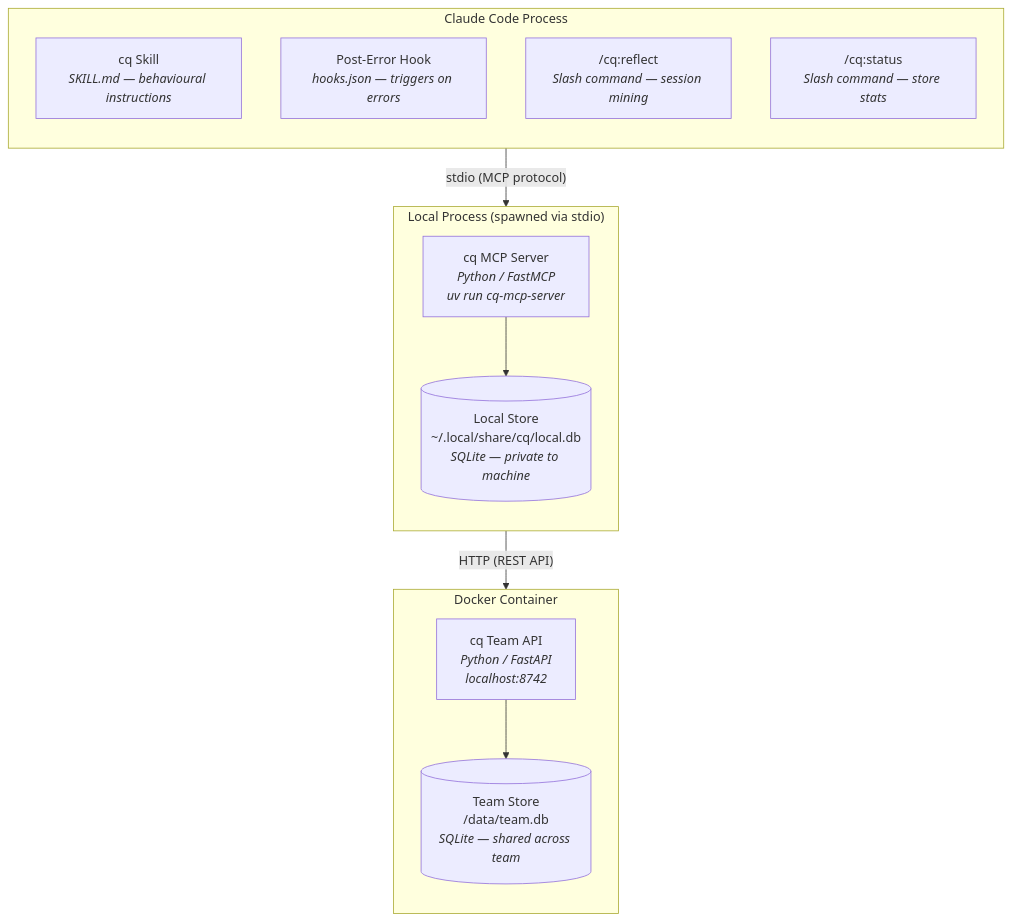
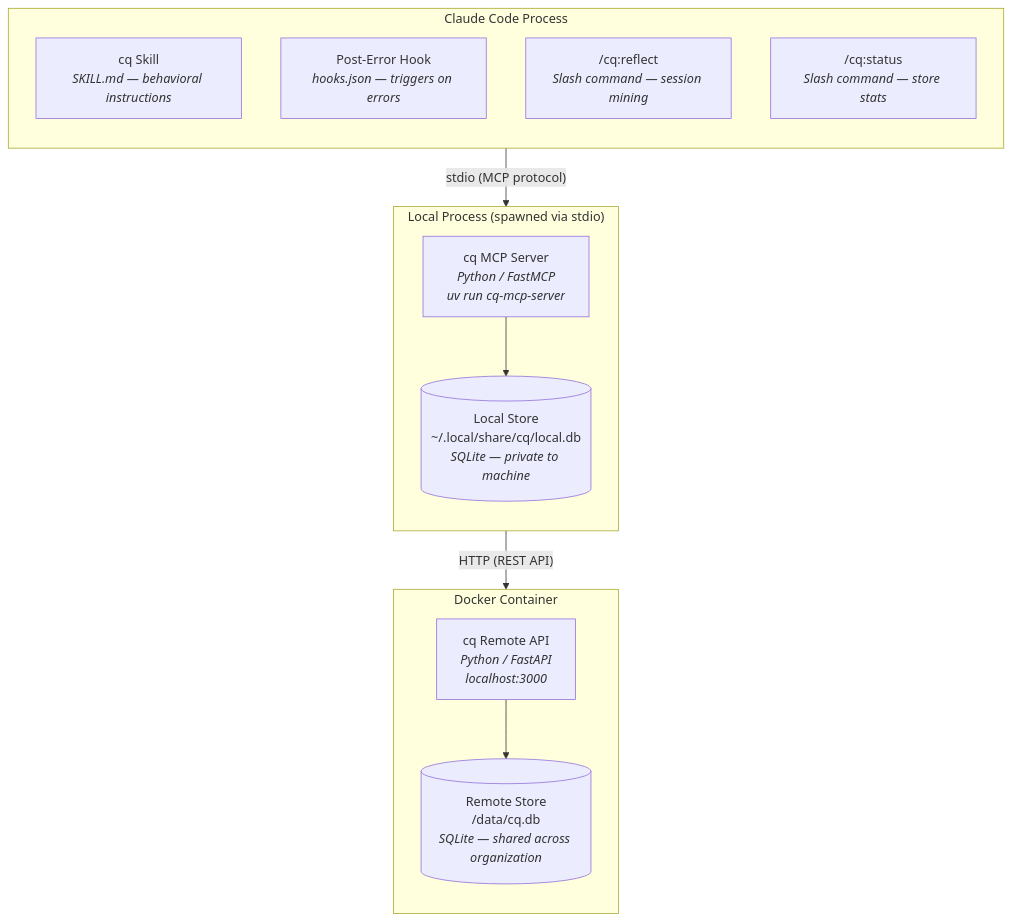
Before and after one commit to mozilla-ai/cq: the first of 2 diagrams in docs/plans/2026-03-04-craic-mvp-poc-design.md, drawn with Mermaid. The commit also changed other lines of this file and 16 other files, not shown here.

First line of the commit message:
Update stale terminology from team/TeamStore rename

````diff
--- a/docs/plans/2026-03-04-craic-mvp-poc-design.md
+++ b/docs/plans/2026-03-04-craic-mvp-poc-design.md
@@ -21,27 +21,27 @@
 ```mermaid
 flowchart TB
     subgraph cc["Claude Code Process"]
         direction TB
-        skill["cq Skill<br/><i>SKILL.md — behavioural instructions</i>"]
+        skill["cq Skill<br/><i>SKILL.md — behavioral instructions</i>"]
         hook["Post-Error Hook<br/><i>hooks.json — triggers on errors</i>"]
         reflect_cmd["/cq:reflect<br/><i>Slash command — session mining</i>"]
         status_cmd["/cq:status<br/><i>Slash command — store stats</i>"]
     end
 
     subgraph mcp["Local Process (spawned via stdio)"]
         direction TB
         server["cq MCP Server<br/><i>Python / FastMCP</i><br/><i>uv run cq-mcp-server</i>"]
         local_db[("Local Store<br/>~/.local/share/cq/local.db<br/><i>SQLite — private to machine</i>")]
         server --> local_db
     end
 
     subgraph docker["Docker Container"]
         direction TB
-        api["cq Team API<br/><i>Python / FastAPI</i><br/><i>localhost:8742</i>"]
-        team_db[("Team Store<br/>/data/team.db<br/><i>SQLite — shared across team</i>")]
-        api --> team_db
+        api["cq Remote API<br/><i>Python / FastAPI</i><br/><i>localhost:3000</i>"]
+        remote_db[("Remote Store<br/>/data/cq.db<br/><i>SQLite — shared across organization</i>")]
+        api --> remote_db
     end
 
     cc -->|"stdio (MCP protocol)"| mcp
     mcp -->|"HTTP (REST API)"| docker
 ```
````
